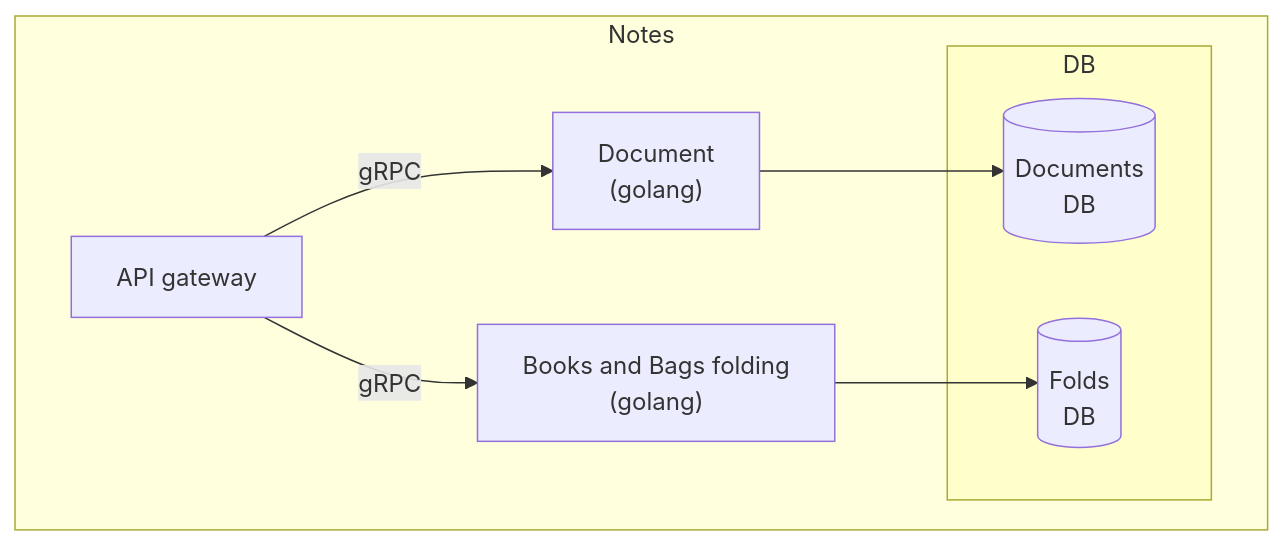
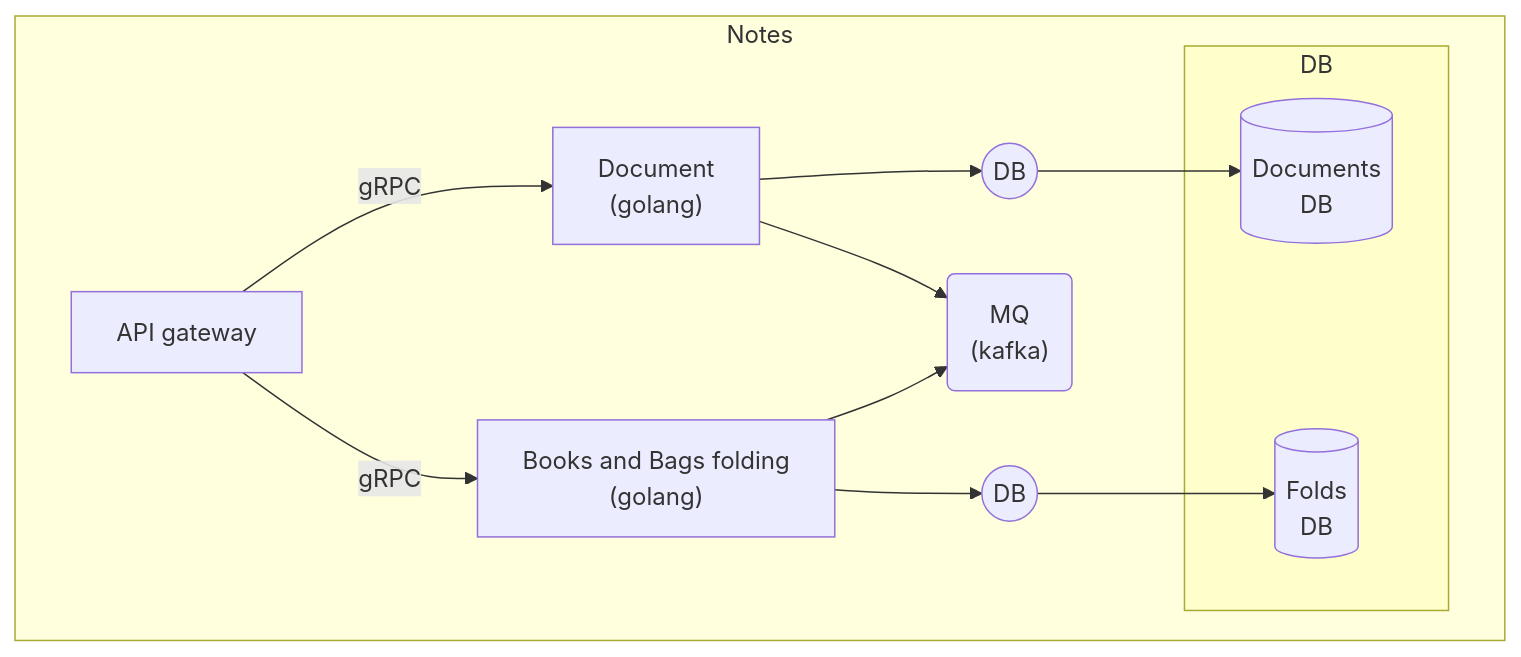
One commit to sergereinov/notes-saas changed the third of 3 diagrams in README.md. Above: the diagram before and after it, drawn with Mermaid.

Commit message:
thoughts

````diff
--- a/README.md
+++ b/README.md
@@ -99,22 +99,29 @@
 ```mermaid
 graph TD
 
     API --> |gRPC| Document
     API --> |gRPC| Fold
     
-    Document --> DocumentDB
-    Fold --> FoldDB
+    Document --> DB1
+    DB1 --> DocumentDB
+    Document --> MQ
+    Fold --> DB2
+    DB2 --> FoldDB
+    Fold --> MQ
     
     subgraph Notes
         API["API gateway"]
         Document["Document<br/>(golang)"]
         Fold["Books and Bags folding<br/>(golang)"]
-        
+        DB1(("DB"))
+        MQ("MQ<br/>(kafka)")
+        DB2(("DB"))
+       
         subgraph DB
             DocumentDB[("Documents<br/>DB")]
             FoldDB[("Folds<br/>DB")]
         end
     end
-    
+   
     style DB fill:#ffc
 ```
````
